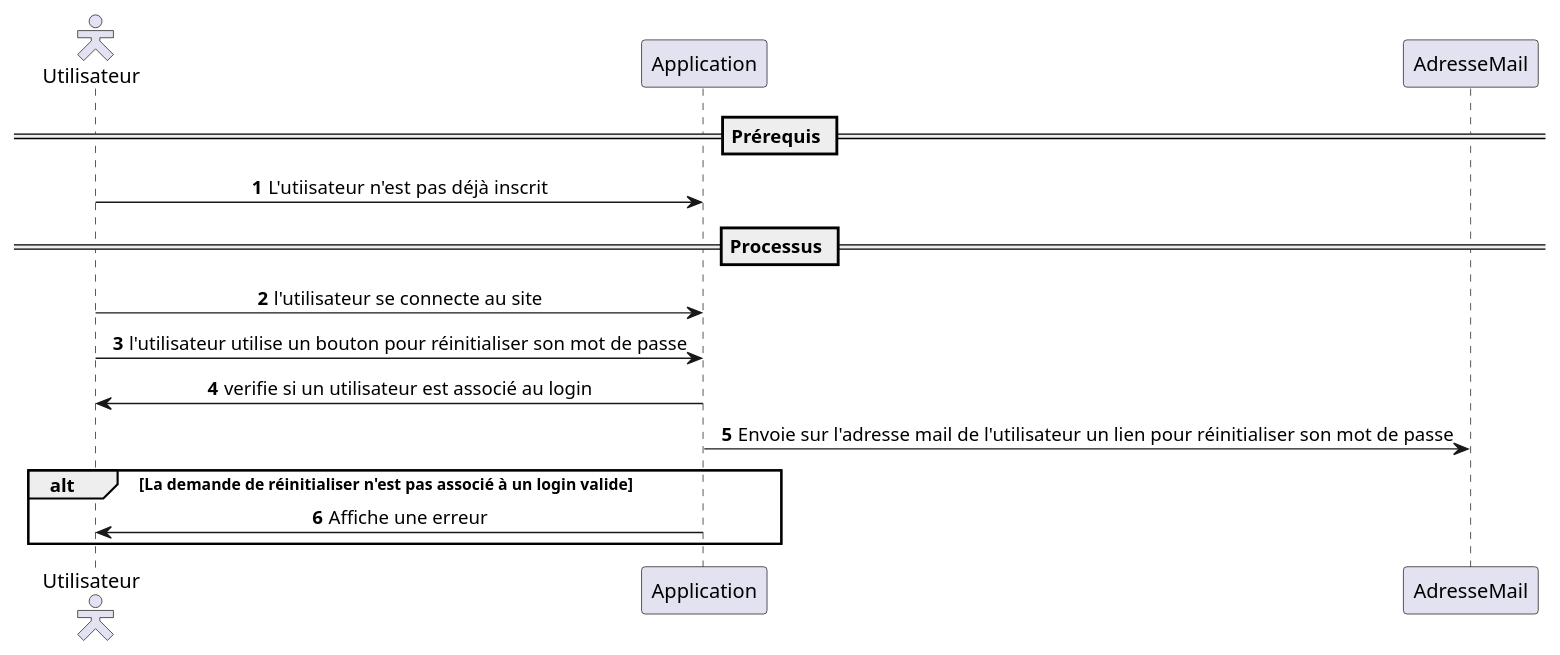
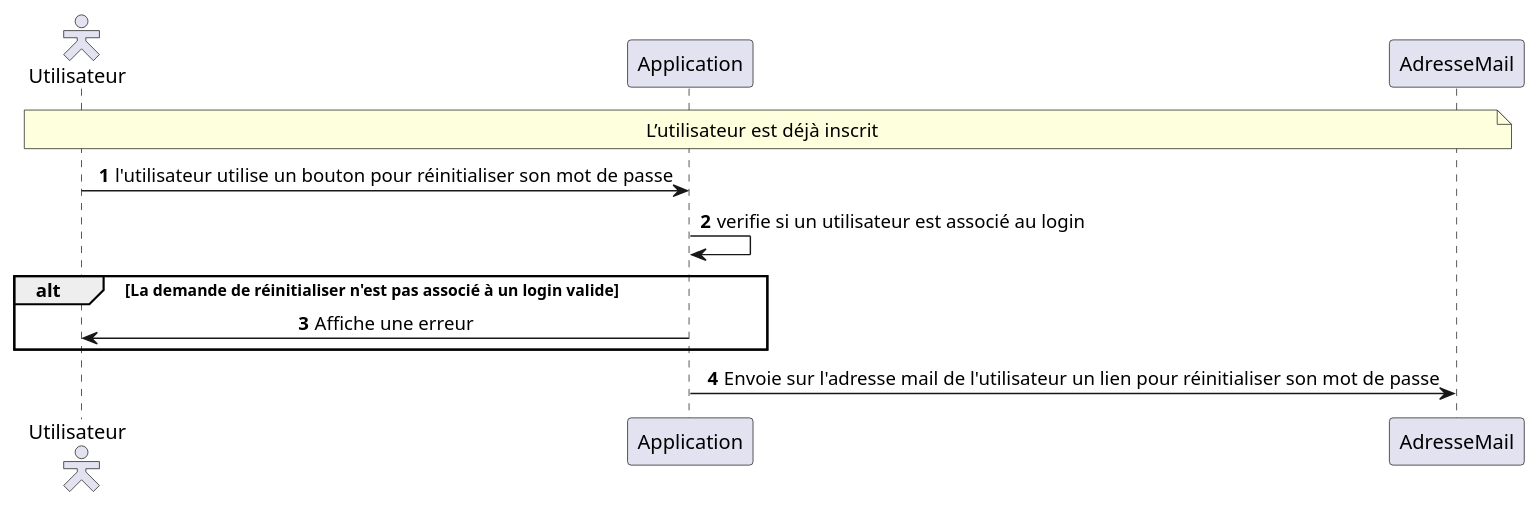
The diagram in src/Description_des_scenarios_Authentifier_s_réinitialiser_mdp.puml (MinaroliCorentin/PSO), drawn with PlantUML before and after one commit. The commit also changed 19 other files, not shown here.

Commit message:
Diagramme de séquence de Authentifier et config Utilisateur

```diff
--- a/src/Description_des_scenarios_Authentifier_s_réinitialiser_mdp.puml
+++ b/src/Description_des_scenarios_Authentifier_s_réinitialiser_mdp.puml
@@ -1,23 +1,20 @@
 @startuml
 autonumber
 skinparam sequenceMessageAlign center
 skinparam actorStyle hollow
 
 actor "Utilisateur" as user
 participant "Application" as app
 participant "AdresseMail" as adresseMail
 
-== Prérequis ==
+note over user, adresseMail
+L’utilisateur est déjà inscrit
+end note
 
-user -> app : L'utiisateur n'est pas déjà inscrit
-
-== Processus ==
-
-user -> app : l'utilisateur se connecte au site
 user -> app : l'utilisateur utilise un bouton pour réinitialiser son mot de passe
-app -> user : verifie si un utilisateur est associé au login
-app -> adresseMail : Envoie sur l'adresse mail de l'utilisateur un lien pour réinitialiser son mot de passe
+app -> app : verifie si un utilisateur est associé au login
 alt La demande de réinitialiser n'est pas associé à un login valide
     app -> user : Affiche une erreur
 end
+app -> adresseMail : Envoie sur l'adresse mail de l'utilisateur un lien pour réinitialiser son mot de passe
 @enduml
```
